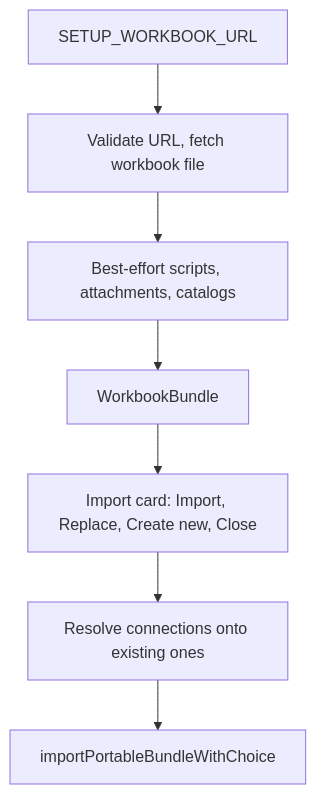
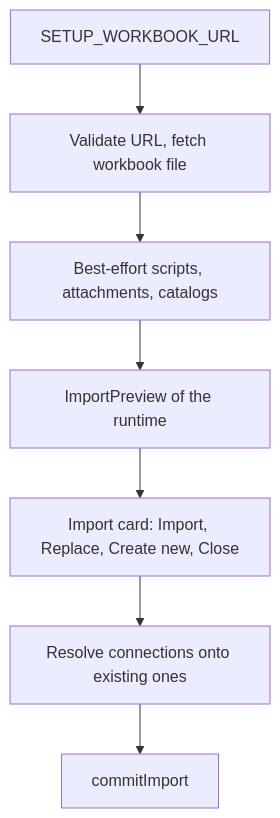
The diagram in docs/design/workbook_publishing.md (ankoh/dashql), drawn with Mermaid before and after one commit. The commit also changed other lines of this file and 72 other files, not shown here.

First line of the commit message:
Import and export the workbooks on the runtime object of the core

````diff
--- a/docs/design/workbook_publishing.md
+++ b/docs/design/workbook_publishing.md
@@ -92,9 +92,9 @@
 ```mermaid
 flowchart TD
     A[SETUP_WORKBOOK_URL] --> B[Validate URL, fetch workbook file]
     B --> C[Best-effort scripts, attachments, catalogs]
-    C --> D[WorkbookBundle]
+    C --> D[ImportPreview of the runtime]
     D --> E[Import card: Import, Replace, Create new, Close]
     E --> F[Resolve connections onto existing ones]
-    F --> G[importPortableBundleWithChoice]
+    F --> G[commitImport]
 ```
````
